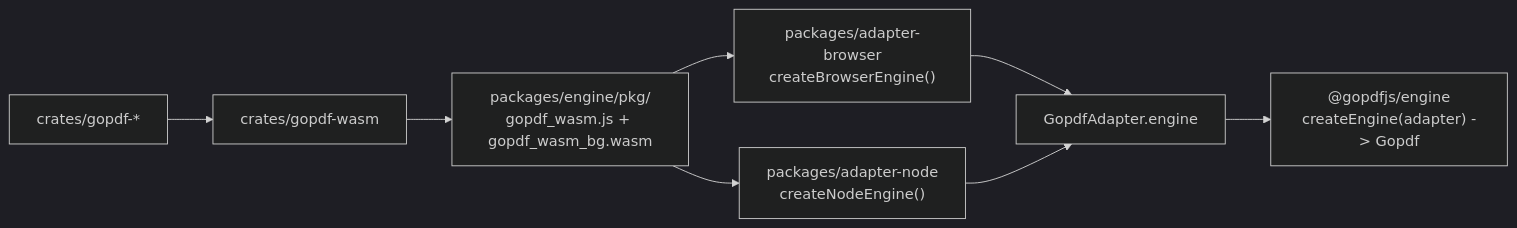
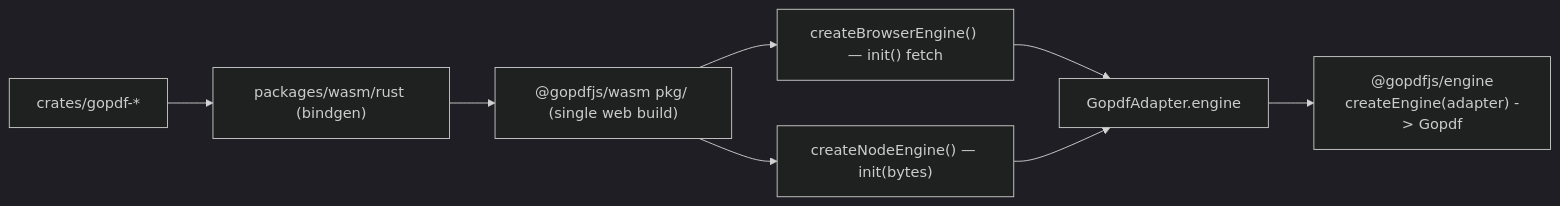
One commit to gopdfjs/gopdfjs changed the first of 2 diagrams in .spec/rfc/0057-rust-wasm-engine-architecture.md. Above: the diagram before and after it, drawn with Mermaid (dark theme). The commit also changed other lines of this file and 177 other files, not shown here.

````diff
--- a/.spec/rfc/0057-rust-wasm-engine-architecture.md
+++ b/.spec/rfc/0057-rust-wasm-engine-architecture.md
@@ -48,10 +56,10 @@
 ```mermaid
 flowchart LR
-    Crates["crates/gopdf-*"] --> Wasm["crates/gopdf-wasm"]
-    Wasm --> Pkg["packages/engine/pkg/<br/>gopdf_wasm.js + gopdf_wasm_bg.wasm"]
-    Pkg --> BrowserAdapter["packages/adapter-browser<br/>createBrowserEngine()"]
-    Pkg --> NodeAdapter["packages/adapter-node<br/>createNodeEngine()"]
+    Crates["crates/gopdf-*"] --> Wasm["packages/wasm/rust (bindgen)"]
+    Wasm --> Pkg["@gopdfjs/wasm pkg/ (single web build)"]
+    Pkg --> BrowserAdapter["createBrowserEngine() — init() fetch"]
+    Pkg --> NodeAdapter["createNodeEngine() — init(bytes)"]
     BrowserAdapter --> AdapterBundle["GopdfAdapter.engine"]
     NodeAdapter --> AdapterBundle
     AdapterBundle --> Engine["@gopdfjs/engine<br/>createEngine(adapter) -> Gopdf"]
 ```
````
